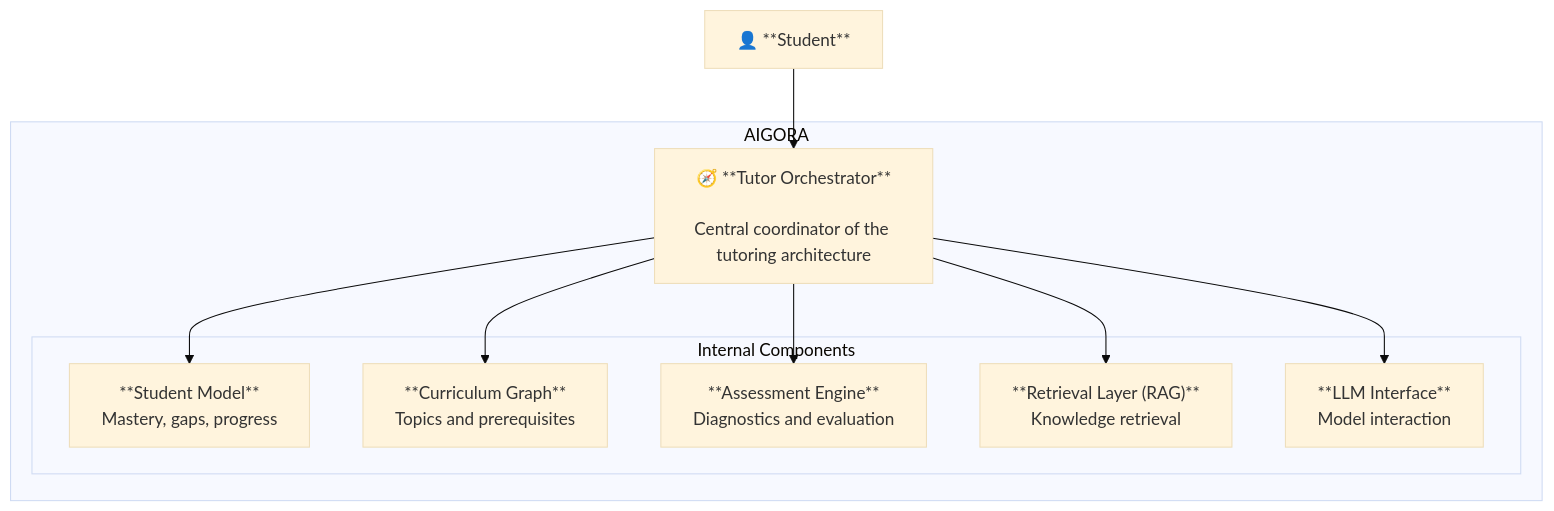
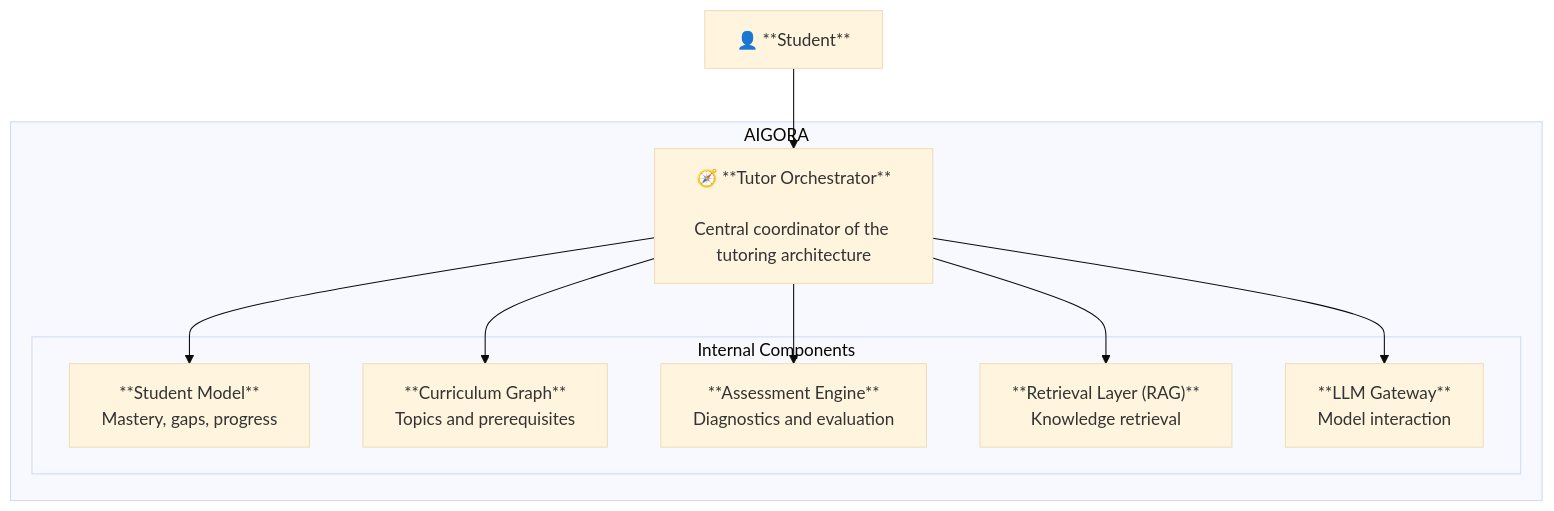
One commit to AigoraCorporation/aigora changed the first of 2 diagrams in docs/02-architecture/overview.md. Above: the diagram before and after it, drawn with Mermaid (base theme). The commit also changed other lines of this file and 6 other files, not shown here.

Commit message:
refactor(architecture): rename LLM Interface to LLM Gateway

````diff
--- a/docs/02-architecture/overview.md
+++ b/docs/02-architecture/overview.md
@@ -39,23 +39,23 @@
 ```mermaid
 flowchart TB
     student["👤 **Student**"]
 
     subgraph system["AIGORA"]
         orchestrator["🧭 **Tutor Orchestrator**<br/><br/>Central coordinator of the tutoring architecture"]
 
         subgraph components["Internal Components"]
             studentModel["**Student Model**<br/>Mastery, gaps, progress"]
             curriculumGraph["**Curriculum Graph**<br/>Topics and prerequisites"]
             assessmentEngine["**Assessment Engine**<br/>Diagnostics and evaluation"]
             retrievalLayer["**Retrieval Layer (RAG)**<br/>Knowledge retrieval"]
-            llmInterface["**LLM Interface**<br/>Model interaction"]
+            llmInterface["**LLM Gateway**<br/>Model interaction"]
         end
     end
 
     student --> orchestrator
     orchestrator --> studentModel
     orchestrator --> curriculumGraph
     orchestrator --> assessmentEngine
     orchestrator --> retrievalLayer
     orchestrator --> llmInterface
 ```
````
